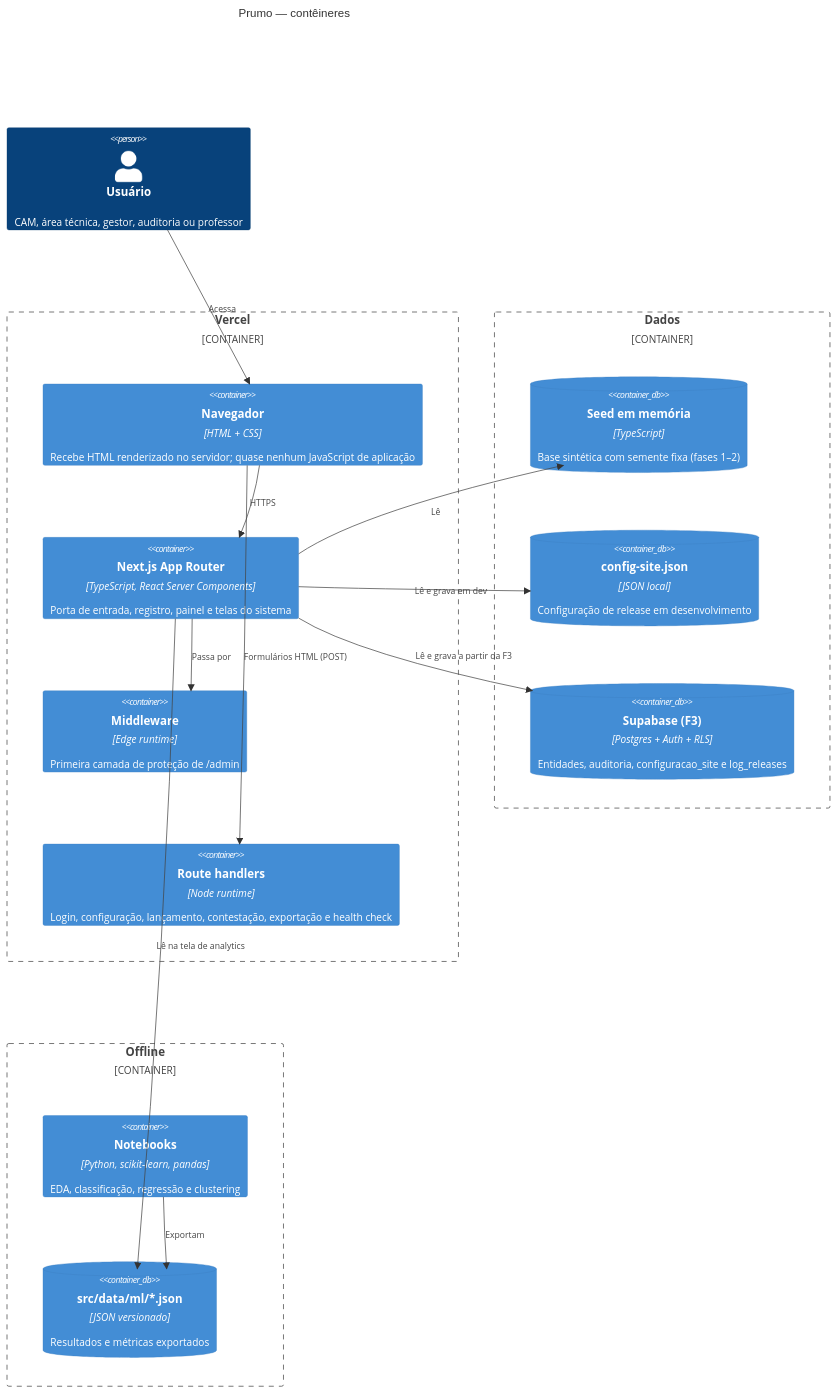
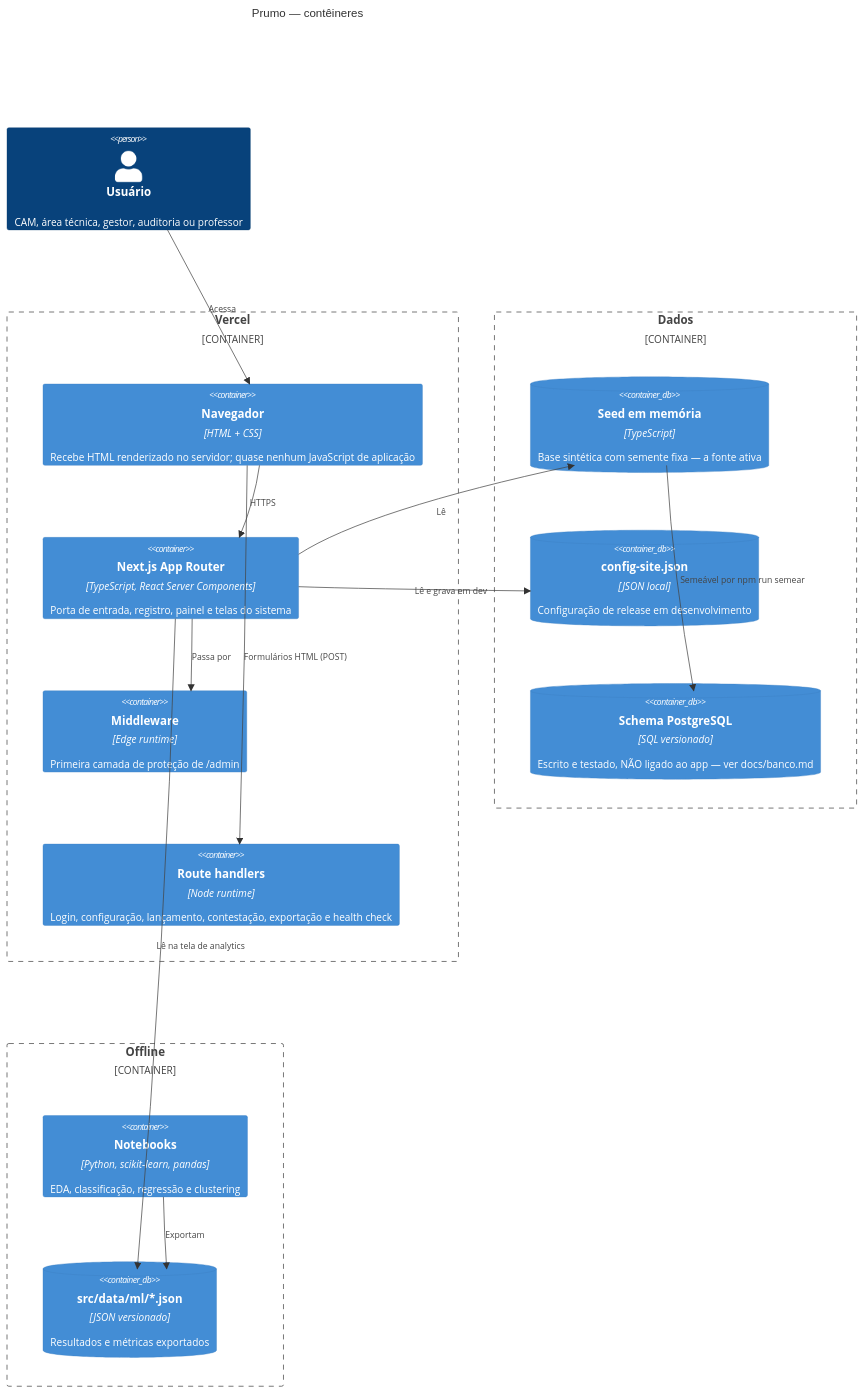
One commit to highgroundagency/projeto-6 changed the second of 3 diagrams in docs/arquitetura.md. Above: the diagram before and after it, drawn with Mermaid. The commit also changed other lines of this file and 45 other files, not shown here.

````diff
--- a/docs/arquitetura.md
+++ b/docs/arquitetura.md
@@ -29,33 +29,33 @@
 ```mermaid
 C4Container
   title Prumo — contêineres
   Person(usuario, "Usuário", "CAM, área técnica, gestor, auditoria ou professor")
 
   Container_Boundary(vercel, "Vercel") {
     Container(browser, "Navegador", "HTML + CSS", "Recebe HTML renderizado no servidor; quase nenhum JavaScript de aplicação")
     Container(app, "Next.js App Router", "TypeScript, React Server Components", "Porta de entrada, registro, painel e telas do sistema")
     Container(middleware, "Middleware", "Edge runtime", "Primeira camada de proteção de /admin")
     Container(rotas, "Route handlers", "Node runtime", "Login, configuração, lançamento, contestação, exportação e health check")
   }
 
   Container_Boundary(dados, "Dados") {
-    ContainerDb(seed, "Seed em memória", "TypeScript", "Base sintética com semente fixa (fases 1–2)")
+    ContainerDb(seed, "Seed em memória", "TypeScript", "Base sintética com semente fixa — a fonte ativa")
     ContainerDb(arquivo, "config-site.json", "JSON local", "Configuração de release em desenvolvimento")
-    ContainerDb(supabase, "Supabase (F3)", "Postgres + Auth + RLS", "Entidades, auditoria, configuracao_site e log_releases")
+    ContainerDb(schema, "Schema PostgreSQL", "SQL versionado", "Escrito e testado, NÃO ligado ao app — ver docs/banco.md")
   }
 
   Container_Boundary(offline, "Offline") {
     Container(notebooks, "Notebooks", "Python, scikit-learn, pandas", "EDA, classificação, regressão e clustering")
     ContainerDb(artefatos, "src/data/ml/*.json", "JSON versionado", "Resultados e métricas exportados")
   }
 
   Rel(usuario, browser, "Acessa")
   Rel(browser, app, "HTTPS")
   Rel(app, middleware, "Passa por")
   Rel(browser, rotas, "Formulários HTML (POST)")
   Rel(app, seed, "Lê")
   Rel(app, arquivo, "Lê e grava em dev")
-  Rel(app, supabase, "Lê e grava a partir da F3")
+  Rel(seed, schema, "Semeável por npm run semear")
   Rel(notebooks, artefatos, "Exportam")
   Rel(app, artefatos, "Lê na tela de analytics")
 ```
````
